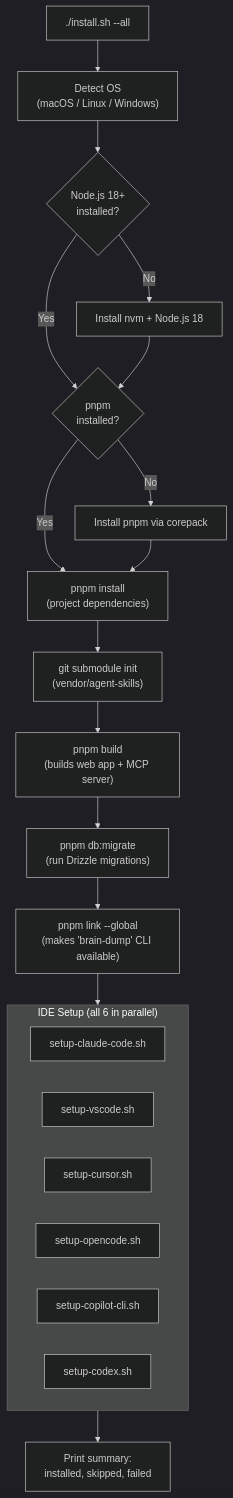
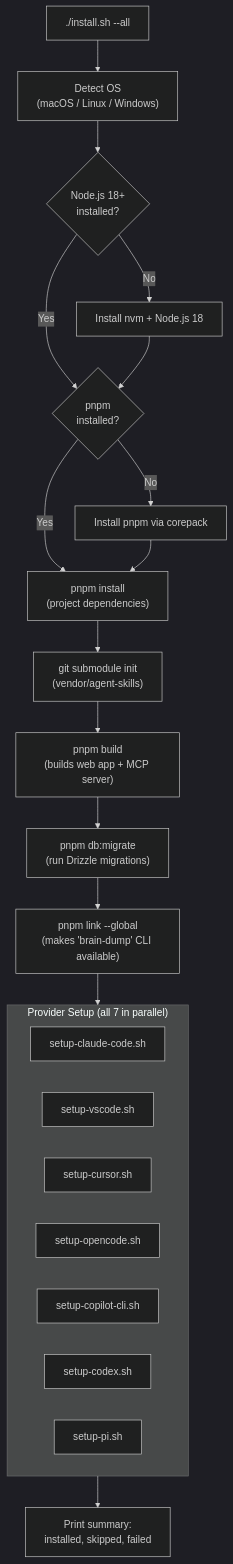
One commit to salmanrrana/brain-dump changed the first of 10 diagrams in docs/installation-architecture.md. Above: the diagram before and after it, drawn with Mermaid (dark theme). The commit also changed other lines of this file and 55 other files, not shown here.

````diff
--- a/docs/installation-architecture.md
+++ b/docs/installation-architecture.md
@@ -7,29 +7,30 @@
 ```mermaid
 flowchart TB
     Start["./install.sh --all"] --> OSDetect["Detect OS<br/>(macOS / Linux / Windows)"]
     OSDetect --> NodeCheck{"Node.js 18+<br/>installed?"}
     NodeCheck -->|No| NVM["Install nvm + Node.js 18"]
     NodeCheck -->|Yes| PNPMCheck
     NVM --> PNPMCheck{"pnpm<br/>installed?"}
     PNPMCheck -->|No| InstallPNPM["Install pnpm via corepack"]
     PNPMCheck -->|Yes| Deps
     InstallPNPM --> Deps
 
     Deps["pnpm install<br/>(project dependencies)"] --> Submodules["git submodule init<br/>(vendor/agent-skills)"]
     Submodules --> Build["pnpm build<br/>(builds web app + MCP server)"]
     Build --> Migrate["pnpm db:migrate<br/>(run Drizzle migrations)"]
     Migrate --> GlobalBin["pnpm link --global<br/>(makes 'brain-dump' CLI available)"]
 
     GlobalBin --> IDESetup
 
-    subgraph IDESetup ["IDE Setup (all 6 in parallel)"]
+    subgraph IDESetup ["Provider Setup (all 7 in parallel)"]
         Claude["setup-claude-code.sh"]
         VSCode["setup-vscode.sh"]
         Cursor["setup-cursor.sh"]
         OpenCode["setup-opencode.sh"]
         Copilot["setup-copilot-cli.sh"]
         Codex["setup-codex.sh"]
+        Pi["setup-pi.sh"]
     end
 
     IDESetup --> Summary["Print summary:<br/>installed, skipped, failed"]
 ```
````
